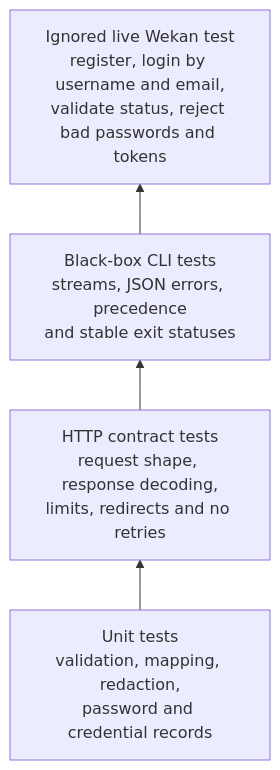
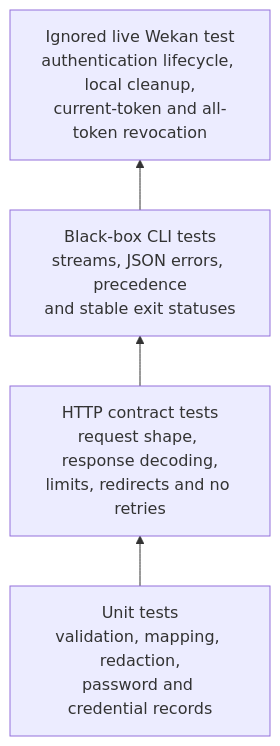
One commit to AhmedLukman/wekan-cli changed diagram 11 of 11 in docs/auth-architecture.md. Above: the diagram before and after it, drawn with Mermaid. The commit also changed other lines of this file and 25 other files, not shown here.

````diff
--- a/docs/auth-architecture.md
+++ b/docs/auth-architecture.md
@@ -342,9 +418,9 @@
 ```mermaid
 flowchart BT
     unit[Unit tests<br/>validation, mapping, redaction,<br/>password and credential records]
     contract[HTTP contract tests<br/>request shape, response decoding,<br/>limits, redirects and no retries]
     cli[Black-box CLI tests<br/>streams, JSON errors, precedence<br/>and stable exit statuses]
-    e2e[Ignored live Wekan test<br/>register, login by username and email,<br/>validate status, reject bad passwords and tokens]
+    e2e[Ignored live Wekan test<br/>authentication lifecycle, local cleanup,<br/>current-token and all-token revocation]
 
     unit --> contract --> cli --> e2e
 ```
````
